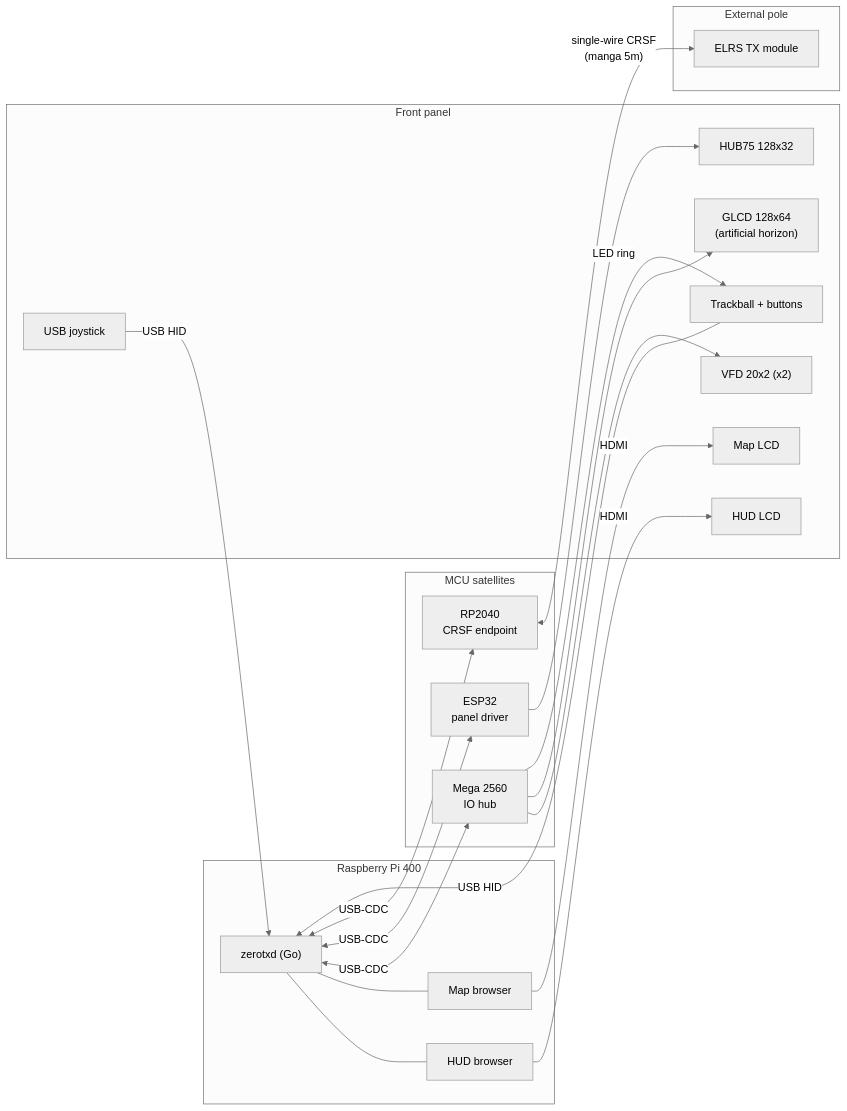
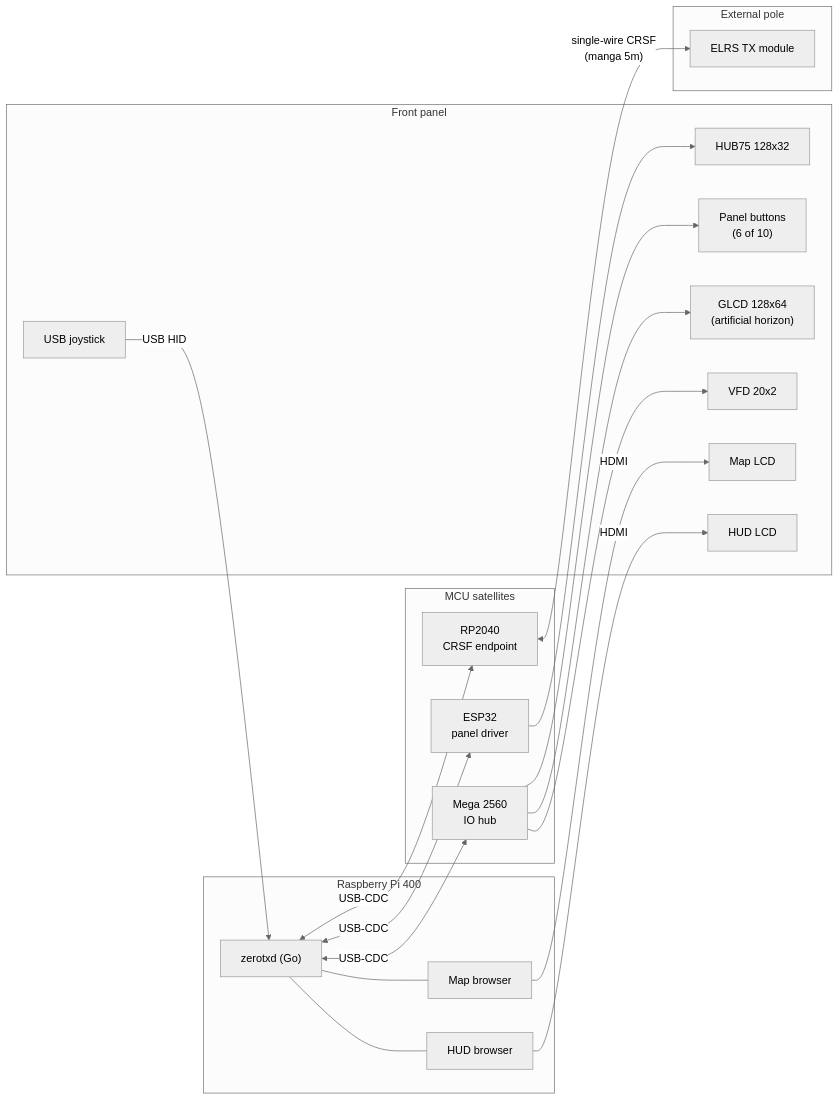
One commit to agoliveira/zerotx changed the first of 5 diagrams in docs/ARCHITECTURE.md. Above: the diagram before and after it, drawn with Mermaid (neutral theme). The commit also changed other lines of this file and 5 other files, not shown here.

````diff
--- a/docs/ARCHITECTURE.md
+++ b/docs/ARCHITECTURE.md
@@ -17,43 +17,42 @@
 ```mermaid
 flowchart LR
     subgraph EXT["External pole"]
         ELRS["ELRS TX module"]
     end
 
     subgraph PI["Raspberry Pi 400"]
         DAEMON["zerotxd (Go)"]
         HUDB["HUD browser"]
         MAPB["Map browser"]
     end
 
     subgraph MCU["MCU satellites"]
         MEGA["Mega 2560<br/>IO hub"]
         ESP32["ESP32<br/>panel driver"]
         RP["RP2040<br/>CRSF endpoint"]
     end
 
     subgraph FRONT["Front panel"]
         HUDL["HUD LCD"]
         MAPL["Map LCD"]
         PANEL["HUB75 128x32"]
-        VFD["VFD 20x2 (x2)"]
+        VFD["VFD 20x2"]
         GLCD["GLCD 128x64<br/>(artificial horizon)"]
-        TB["Trackball + buttons"]
+        BTN["Panel buttons<br/>(6 of 10)"]
         JS["USB joystick"]
     end
 
     DAEMON --- HUDB
     DAEMON --- MAPB
     HUDB -->|HDMI| HUDL
     MAPB -->|HDMI| MAPL
     DAEMON <-->|USB-CDC| MEGA
     DAEMON <-->|USB-CDC| ESP32
     DAEMON <-->|USB-CDC| RP
     RP <-->|"single-wire CRSF<br/>(manga 5m)"| ELRS
     MEGA --> VFD
     MEGA --> GLCD
-    MEGA -->|"LED ring"| TB
+    MEGA --> BTN
     ESP32 --> PANEL
     JS -->|USB HID| DAEMON
-    TB -->|USB HID| DAEMON
 ```
````
